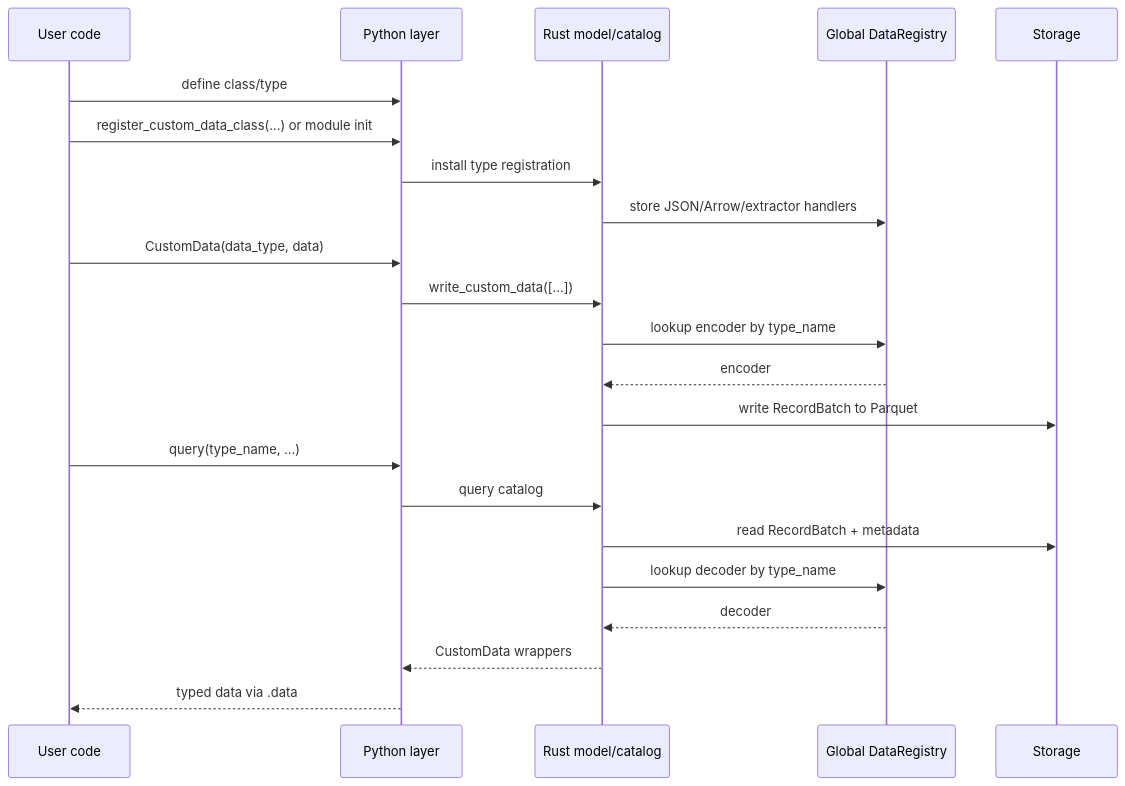
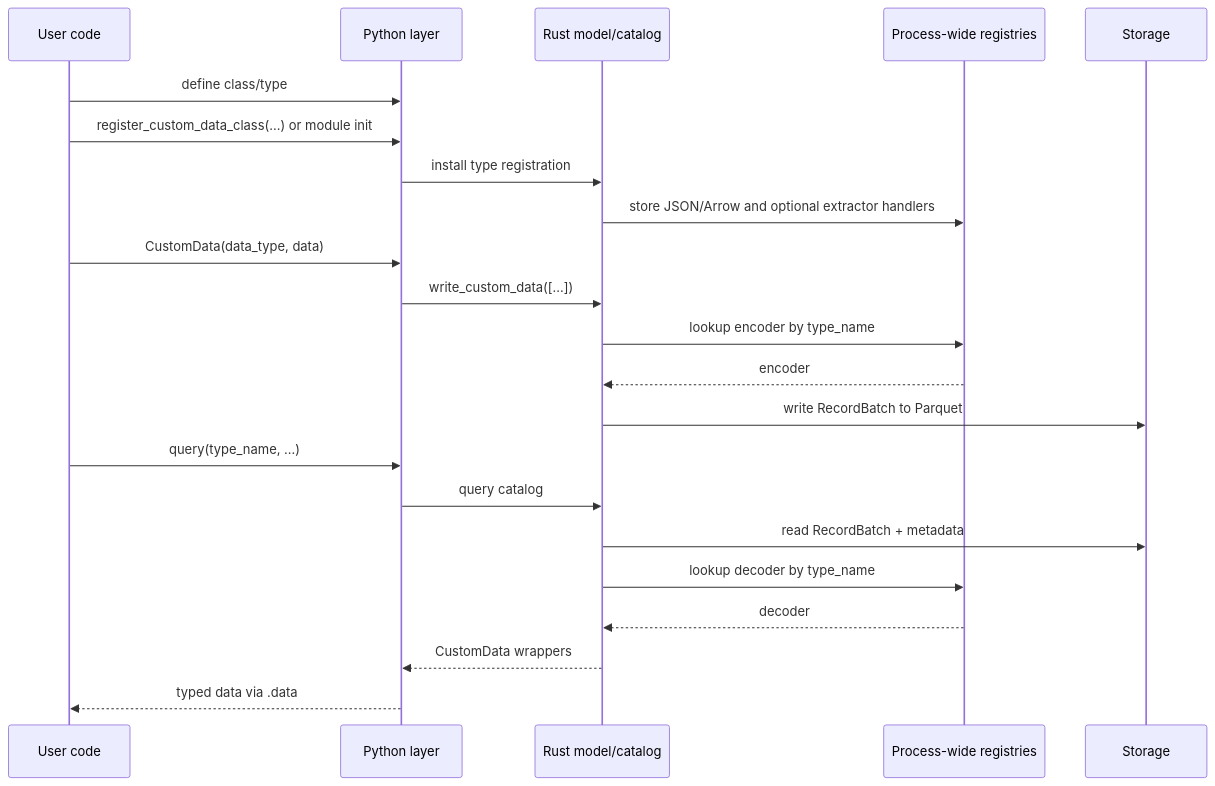
Before and after one commit to nautechsystems/nautilus_trader: the first of 3 diagrams in docs/concepts/custom_data.md, drawn with Mermaid. The commit also changed other lines of this file, not shown here.

First line of the commit message:
Refine custom data concept guide

````diff
--- a/docs/concepts/custom_data.md
+++ b/docs/concepts/custom_data.md
@@ -40,27 +39,27 @@
 ```mermaid
 sequenceDiagram
     participant U as User code
     participant P as Python layer
     participant R as Rust model/catalog
-    participant G as Global DataRegistry
+    participant G as Process-wide registries
     participant S as Storage
 
     U->>P: define class/type
     U->>P: register_custom_data_class(...) or module init
     P->>R: install type registration
-    R->>G: store JSON/Arrow/extractor handlers
+    R->>G: store JSON/Arrow and optional extractor handlers
 
     U->>P: CustomData(data_type, data)
     P->>R: write_custom_data([...])
     R->>G: lookup encoder by type_name
     G-->>R: encoder
     R->>S: write RecordBatch to Parquet
 
     U->>P: query(type_name, ...)
     P->>R: query catalog
     R->>S: read RecordBatch + metadata
     R->>G: lookup decoder by type_name
     G-->>R: decoder
     R-->>P: CustomData wrappers
     P-->>U: typed data via .data
 ```
````
